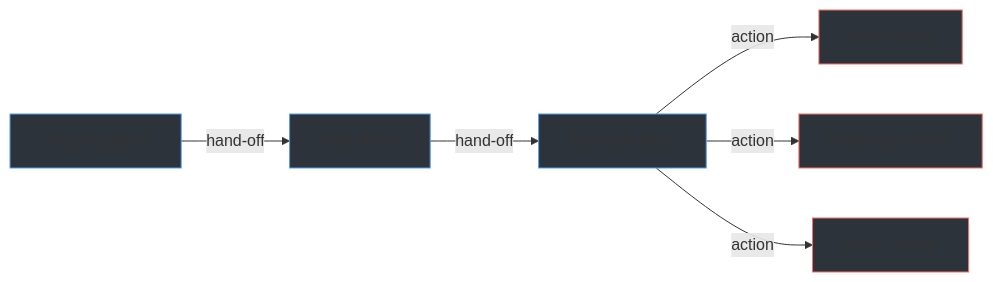
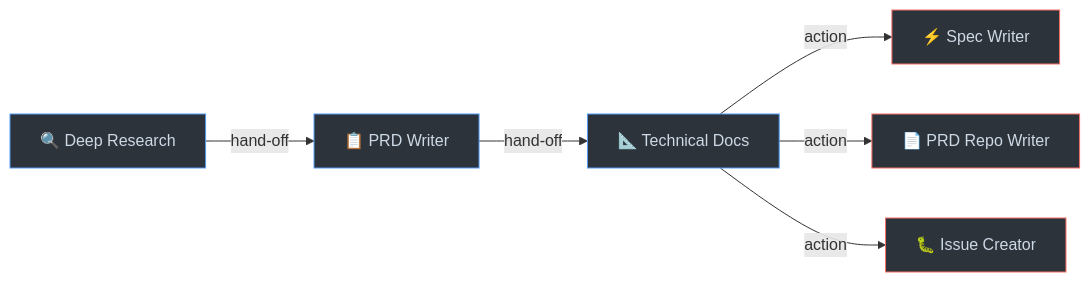
The second of 2 diagrams in README.md (guillermolc/agentic-react), drawn with Mermaid before and after one commit. The commit also changed other lines of this file, not shown here.

Commit message:
docs: full README overhaul — updated diagrams, stack, structure, APIs, agents

````diff
--- a/README.md
+++ b/README.md
@@ -287,15 +284,22 @@
 ```mermaid
 flowchart LR
-    DR["Deep Research"] -->|hand-off| PRD["PRD Writer"]
-    PRD -->|hand-off| TD["Technical Docs"]
-    TD -->|action| SW["Spec Writer"]
-    TD -->|action| PW["PRD Repo Writer"]
-    TD -->|action| IC["Issue Creator"]
+    DR["🔍 Deep Research"]
+    PRD["📋 PRD Writer"]
+    TD["📐 Technical Docs"]
+    SW["⚡ Spec Writer"]
+    PW["📄 PRD Repo Writer"]
+    IC["🐛 Issue Creator"]
 
-    style DR fill:#2d333b,stroke:#539bf5
-    style PRD fill:#2d333b,stroke:#539bf5
-    style TD fill:#2d333b,stroke:#539bf5
-    style SW fill:#2d333b,stroke:#f47067
-    style PW fill:#2d333b,stroke:#f47067
-    style IC fill:#2d333b,stroke:#f47067
+    DR -->|hand-off| PRD
+    PRD -->|hand-off| TD
+    TD -->|action| SW
+    TD -->|action| PW
+    TD -->|action| IC
+
+    style DR fill:#2d333b,stroke:#539bf5,color:#cdd9e5
+    style PRD fill:#2d333b,stroke:#539bf5,color:#cdd9e5
+    style TD fill:#2d333b,stroke:#539bf5,color:#cdd9e5
+    style SW fill:#2d333b,stroke:#f47067,color:#cdd9e5
+    style PW fill:#2d333b,stroke:#f47067,color:#cdd9e5
+    style IC fill:#2d333b,stroke:#f47067,color:#cdd9e5
 ```
````
